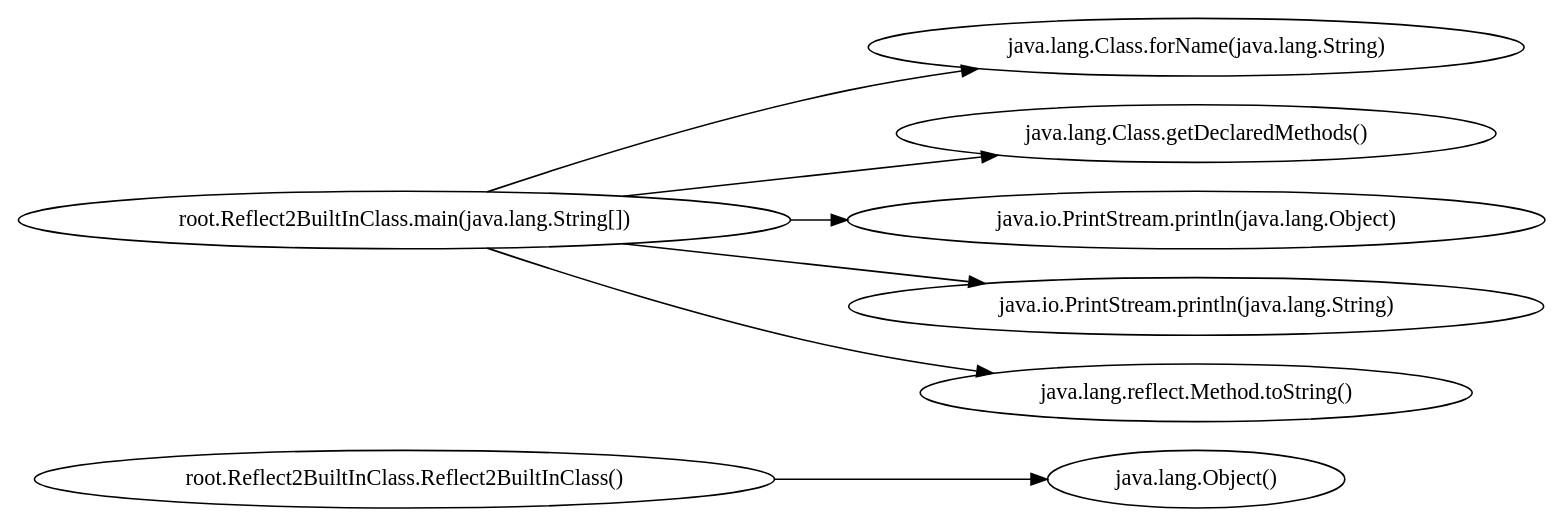
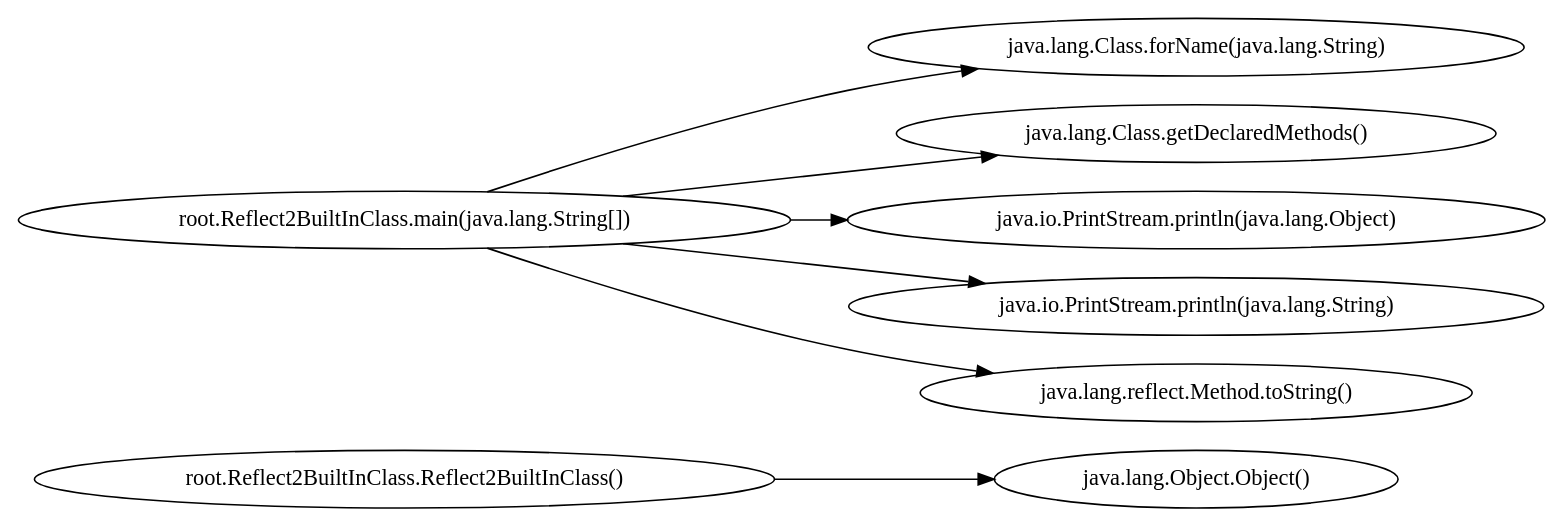
The diagram in bemenetek/spoon/java_samples/Reflect2BuiltInClass.dot (sagodiz/diff_for_CG), drawn with Graphviz before and after one commit. The commit also changed 57 other files, not shown here.

```diff
--- a/bemenetek/spoon/java_samples/Reflect2BuiltInClass.dot
+++ b/bemenetek/spoon/java_samples/Reflect2BuiltInClass.dot
@@ -1,17 +1,17 @@
 digraph graphname {
 rankdir="LR";
 0 [label="root.Reflect2BuiltInClass.Reflect2BuiltInClass()"]
 3 [label="java.lang.Class.forName(java.lang.String)"]
 4 [label="java.lang.Class.getDeclaredMethods()"]
-1 [label="java.lang.Object()"]
+1 [label="java.lang.Object.Object()"]
 2 [label="root.Reflect2BuiltInClass.main(java.lang.String[])"]
 7 [label="java.io.PrintStream.println(java.lang.Object)"]
 6 [label="java.io.PrintStream.println(java.lang.String)"]
 5 [label="java.lang.reflect.Method.toString()"]
 0 -> 1
 2 -> 3
 2 -> 4
 2 -> 5
 2 -> 6
 2 -> 7
 }
```
